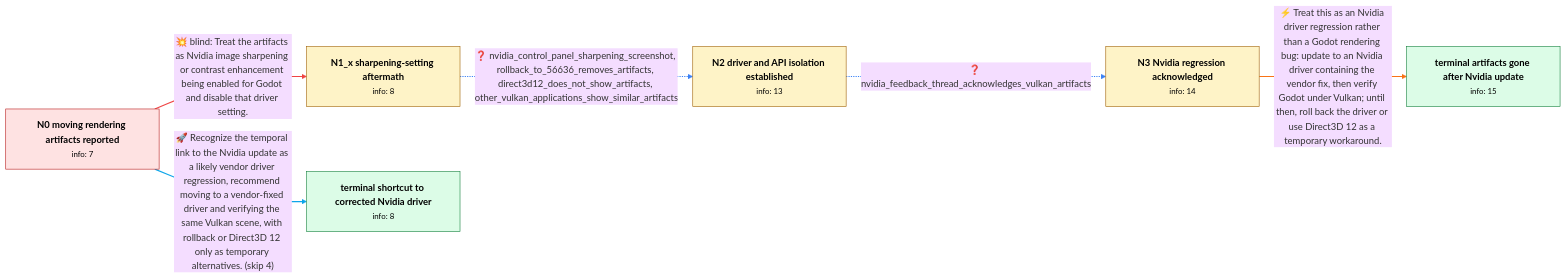
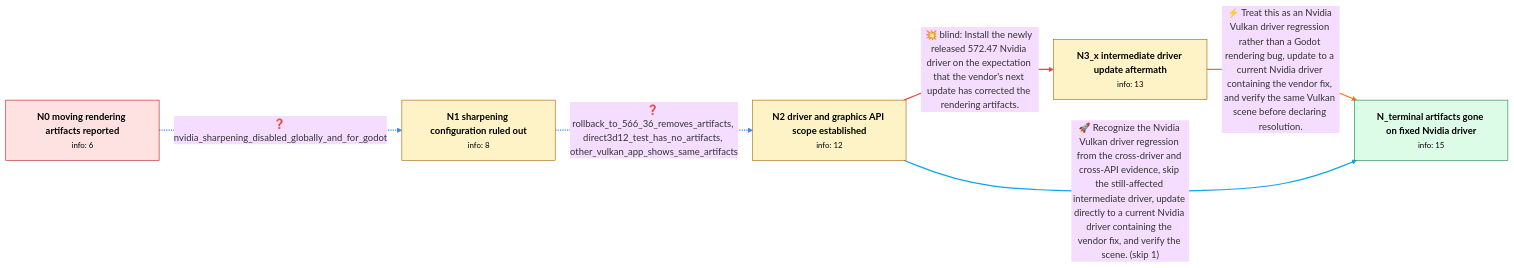
One commit to Chaoyi-He1/graph_bench changed the diagram in data/github_v0/review/gh_godotengine_godot_102219.md. Above: the diagram before and after it, drawn with Mermaid (base theme). The commit also changed other lines of this file and 105 other files, not shown here.

````diff
--- a/data/github_v0/review/gh_godotengine_godot_102219.md
+++ b/data/github_v0/review/gh_godotengine_godot_102219.md
@@ -10,28 +10,26 @@
 ```mermaid
 flowchart LR
-    N0["<b>N0 moving rendering artifacts reported</b><br/><small>info: 7</small>"]
-    N1_x["<b>N1_x sharpening-setting aftermath</b><br/><small>info: 8</small>"]
-    N2["<b>N2 driver and API isolation established</b><br/><small>info: 13</small>"]
-    N3["<b>N3 Nvidia regression acknowledged</b><br/><small>info: 14</small>"]
-    N_terminal["<b>terminal artifacts gone after Nvidia update</b><br/><small>info: 15</small>"]
-    N_terminal_shortcut["<b>terminal shortcut to corrected Nvidia driver</b><br/><small>info: 8</small>"]
-    N0 ==>|"💥 blind: Treat the artifacts as Nvidia image sharpening or contrast enhancement being enabled for Godot and disable that driver setting."| N1_x
-    linkStyle 0 stroke:#ef4444,stroke-width:2px
-    N1_x -.->|"❓ nvidia_control_panel_sharpening_screenshot, rollback_to_56636_removes_artifacts, direct3d12_does_not_show_artifacts, other_vulkan_applications_show_similar_artifacts"| N2
+    N0["<b>N0 moving rendering artifacts reported</b><br/><small>info: 6</small>"]
+    N1["<b>N1 sharpening configuration ruled out</b><br/><small>info: 8</small>"]
+    N2["<b>N2 driver and graphics API scope established</b><br/><small>info: 12</small>"]
+    N3_x["<b>N3_x intermediate driver update aftermath</b><br/><small>info: 13</small>"]
+    N_terminal["<b>N_terminal artifacts gone on fixed Nvidia driver</b><br/><small>info: 15</small>"]
+    N0 -.->|"❓ nvidia_sharpening_disabled_globally_and_for_godot"| N1
+    linkStyle 0 stroke:#3b82f6,stroke-width:2px
+    N1 -.->|"❓ rollback_to_566_36_removes_artifacts, direct3d12_test_has_no_artifacts, other_vulkan_app_shows_same_artifacts"| N2
     linkStyle 1 stroke:#3b82f6,stroke-width:2px
-    N2 -.->|"❓ nvidia_feedback_thread_acknowledges_vulkan_artifacts"| N3
-    linkStyle 2 stroke:#3b82f6,stroke-width:2px
-    N3 ==>|"⚡ Treat this as an Nvidia driver regression rather than a Godot rendering bug: update to an Nvidia driver containing the vendor fix, then verify Godot under Vulkan; until then, roll back the driver or use Direct3D 12 as a temporary workaround."| N_terminal
+    N2 ==>|"💥 blind: Install the newly released 572.47 Nvidia driver on the expectation that the vendor's next update has corrected the rendering artifacts."| N3_x
+    linkStyle 2 stroke:#ef4444,stroke-width:2px
+    N3_x ==>|"⚡ Treat this as an Nvidia Vulkan driver regression rather than a Godot rendering bug, update to a current Nvidia driver containing the vendor fix, and verify the same Vulkan scene before declaring resolution."| N_terminal
     linkStyle 3 stroke:#f97316,stroke-width:2px
-    N0 ==>|"🚀 Recognize the temporal link to the Nvidia update as a likely vendor driver regression, recommend moving to a vendor-fixed driver and verifying the same Vulkan scene, with rollback or Direct3D 12 only as temporary alternatives. (skip 4)"| N_terminal_shortcut
+    N2 ==>|"🚀 Recognize the Nvidia Vulkan driver regression from the cross-driver and cross-API evidence, skip the still-affected intermediate driver, update directly to a current Nvidia driver containing the vendor fix, and verify the scene. (skip 1)"| N_terminal
     linkStyle 4 stroke:#0ea5e9,stroke-width:2px
     class N0 start
-    class N1_x normal
+    class N1 normal
     class N2 normal
-    class N3 normal
+    class N3_x normal
     class N_terminal terminal
-    class N_terminal_shortcut terminal
     classDef start fill:#fee2e2,stroke:#b91c1c,color:#000
     classDef terminal fill:#dcfce7,stroke:#15803d,color:#000
     classDef normal fill:#fef3c7,stroke:#a16207,color:#000
 ```
````
